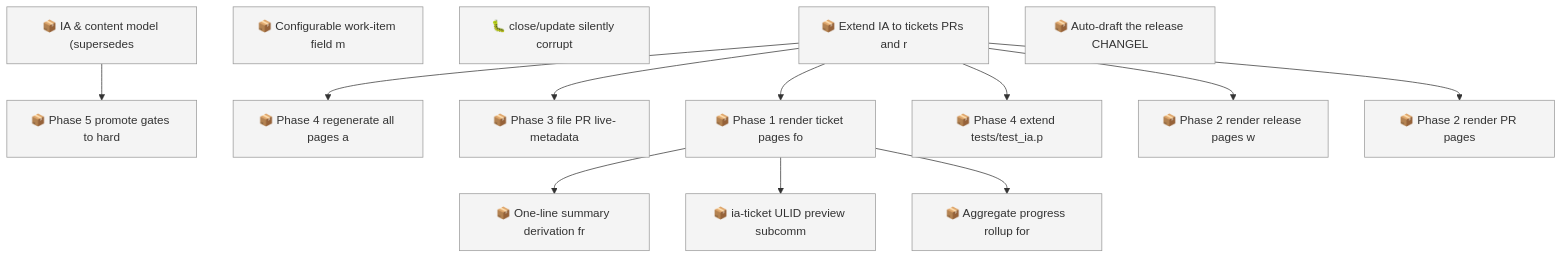
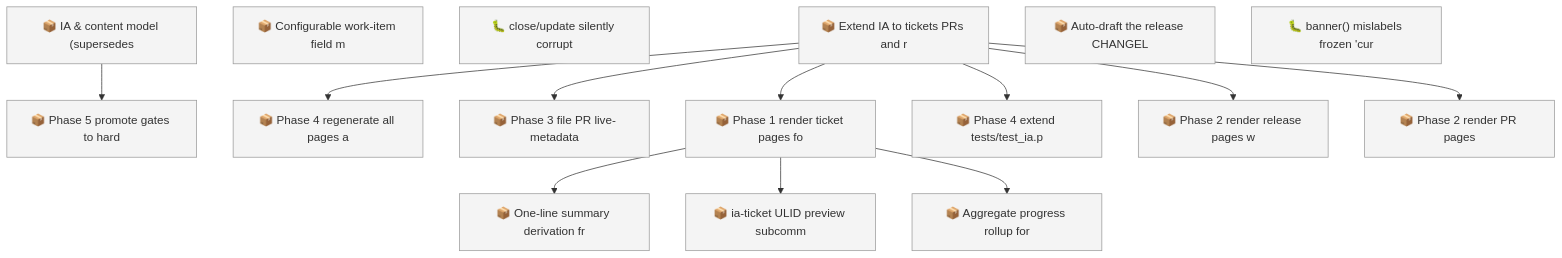
Before and after one commit to SpillwaveSolutions/wiki_ticket_sdd: the first of 2 diagrams in docs/roadmap.md, drawn with Mermaid. The commit also changed other lines of this file and 1 other file, not shown here.

First line of the commit message:
chore(worklog): file banner() mislabeling bug found during artifact-pages work

````diff
--- a/docs/roadmap.md
+++ b/docs/roadmap.md
@@ -75,30 +76,31 @@
 ```mermaid
 graph TD
     01KY5G9ZW0H2YMNWDFJYGRPYE5["📦 IA & content model (supersedes"]
     01KY5G9ZW0RABXWHEMEP1FAV2G["📦 Phase 5 promote gates to hard"]
     01KY5NE0ZYGBWG44N0KPEBFCZ8["📦 Configurable work-item field m"]
     01KYA99TVCGX79HFNHN1DVT7Y6["🐛 close/update silently corrupt"]
     01KYABYEQP8ANXGYPBCV2T20D8["📦 Extend IA to tickets PRs and r"]
     01KYABYEQP9FDY8THDV79F324G["📦 One-line summary derivation fr"]
     01KYABYEQPAFJM7WC3XZV6YY76["📦 ia-ticket ULID preview subcomm"]
     01KYABYEQPDS2VFQKQ7B6YXZVR["📦 Phase 4 regenerate all pages a"]
     01KYABYEQPF8N2K26ENRKREE0W["📦 Phase 3 file PR live-metadata"]
     01KYABYEQPK6PV87WNZXEYRB12["📦 Phase 1 render ticket pages fo"]
     01KYABYEQPNK7HHH5CMAR2V1JG["📦 Phase 4 extend tests/test_ia.p"]
     01KYABYEQPP82DJEN19F43YRAE["📦 Phase 2 render release pages w"]
     01KYABYEQPRM8308SYFPR8X437["📦 Aggregate progress rollup for"]
     01KYABYEQPW8Q2RGGTNP71W88E["📦 Phase 2 render PR pages"]
     01KYAC0AC01R4C6W7YY1X8NVRV["📦 Auto-draft the release CHANGEL"]
+    01KYACFJA0SQSF4C83BJZXB5MY["🐛 banner() mislabels frozen 'cur"]
     01KY5G9ZW0H2YMNWDFJYGRPYE5 --> 01KY5G9ZW0RABXWHEMEP1FAV2G
     01KYABYEQPK6PV87WNZXEYRB12 --> 01KYABYEQP9FDY8THDV79F324G
     01KYABYEQPK6PV87WNZXEYRB12 --> 01KYABYEQPAFJM7WC3XZV6YY76
     01KYABYEQP8ANXGYPBCV2T20D8 --> 01KYABYEQPDS2VFQKQ7B6YXZVR
     01KYABYEQP8ANXGYPBCV2T20D8 --> 01KYABYEQPF8N2K26ENRKREE0W
     01KYABYEQP8ANXGYPBCV2T20D8 --> 01KYABYEQPK6PV87WNZXEYRB12
     01KYABYEQP8ANXGYPBCV2T20D8 --> 01KYABYEQPNK7HHH5CMAR2V1JG
     01KYABYEQP8ANXGYPBCV2T20D8 --> 01KYABYEQPP82DJEN19F43YRAE
     01KYABYEQPK6PV87WNZXEYRB12 --> 01KYABYEQPRM8308SYFPR8X437
     01KYABYEQP8ANXGYPBCV2T20D8 --> 01KYABYEQPW8Q2RGGTNP71W88E
     classDef todo fill:#f4f4f4,stroke:#999999
-    class 01KY5G9ZW0H2YMNWDFJYGRPYE5,01KY5G9ZW0RABXWHEMEP1FAV2G,01KY5NE0ZYGBWG44N0KPEBFCZ8,01KYA99TVCGX79HFNHN1DVT7Y6,01KYABYEQP8ANXGYPBCV2T20D8,01KYABYEQP9FDY8THDV79F324G,01KYABYEQPAFJM7WC3XZV6YY76,01KYABYEQPDS2VFQKQ7B6YXZVR,01KYABYEQPF8N2K26ENRKREE0W,01KYABYEQPK6PV87WNZXEYRB12,01KYABYEQPNK7HHH5CMAR2V1JG,01KYABYEQPP82DJEN19F43YRAE,01KYABYEQPRM8308SYFPR8X437,01KYABYEQPW8Q2RGGTNP71W88E,01KYAC0AC01R4C6W7YY1X8NVRV todo
+    class 01KY5G9ZW0H2YMNWDFJYGRPYE5,01KY5G9ZW0RABXWHEMEP1FAV2G,01KY5NE0ZYGBWG44N0KPEBFCZ8,01KYA99TVCGX79HFNHN1DVT7Y6,01KYABYEQP8ANXGYPBCV2T20D8,01KYABYEQP9FDY8THDV79F324G,01KYABYEQPAFJM7WC3XZV6YY76,01KYABYEQPDS2VFQKQ7B6YXZVR,01KYABYEQPF8N2K26ENRKREE0W,01KYABYEQPK6PV87WNZXEYRB12,01KYABYEQPNK7HHH5CMAR2V1JG,01KYABYEQPP82DJEN19F43YRAE,01KYABYEQPRM8308SYFPR8X437,01KYABYEQPW8Q2RGGTNP71W88E,01KYAC0AC01R4C6W7YY1X8NVRV,01KYACFJA0SQSF4C83BJZXB5MY todo
 ```
````
